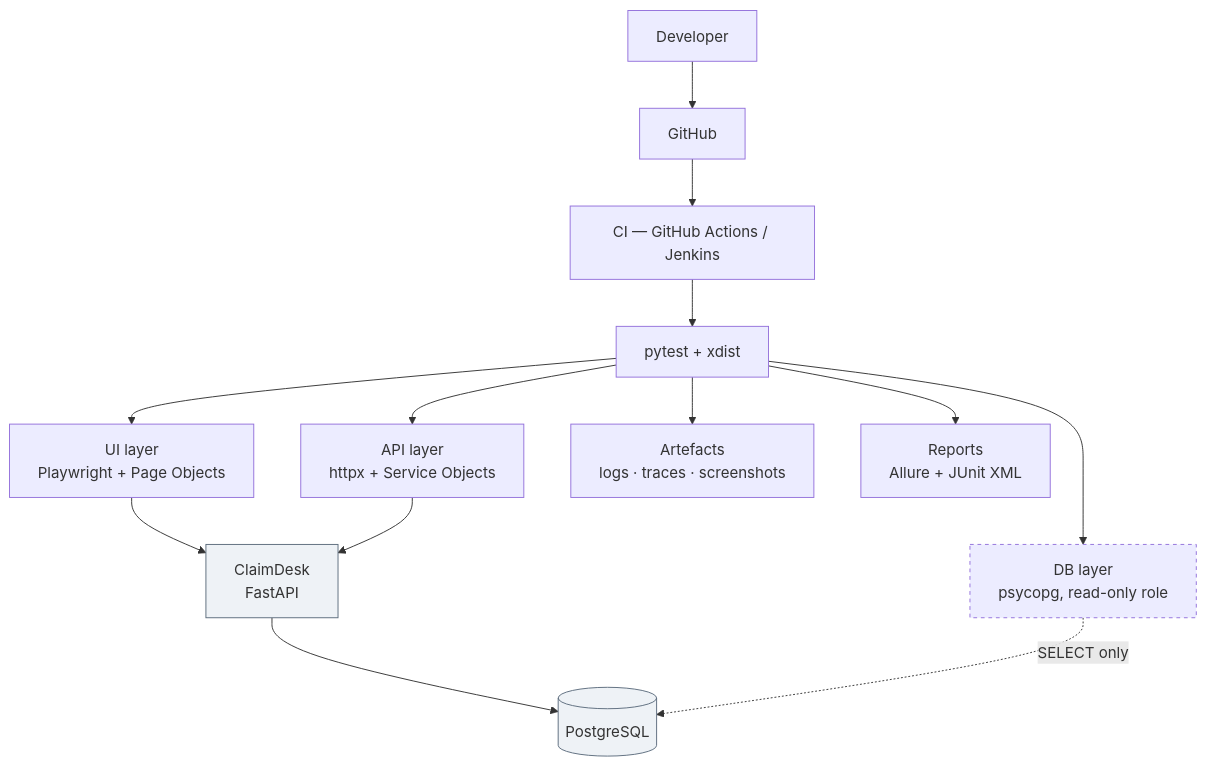
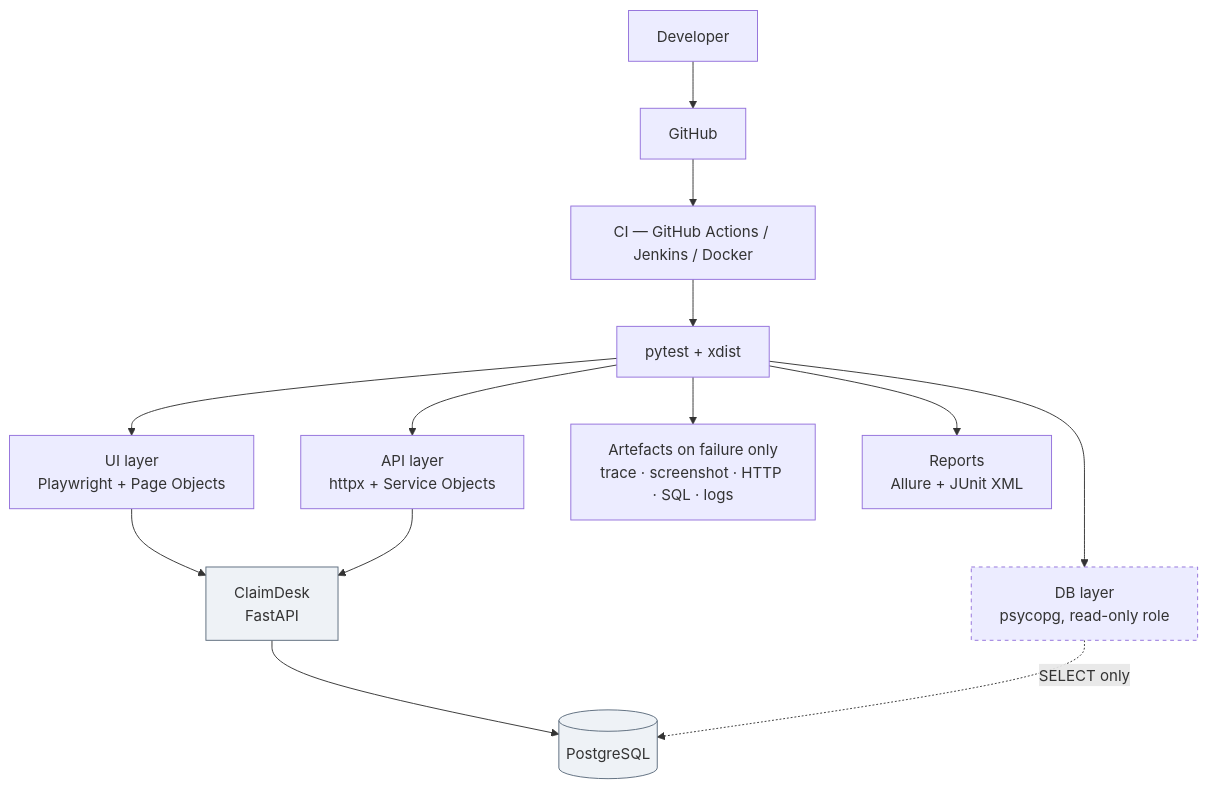
Before and after one commit to codernik-dev/playwright-python-sdet-framework: the diagram in README.md, drawn with Mermaid. The commit also changed other lines of this file and 9 other files, not shown here.

````diff
--- a/README.md
+++ b/README.md
@@ -64,22 +65,22 @@
 ```mermaid
 flowchart TD
     Dev["Developer"] --> Git["GitHub"]
-    Git --> CI["CI — GitHub Actions / Jenkins"]
+    Git --> CI["CI — GitHub Actions / Jenkins / Docker"]
     CI --> Runner["pytest + xdist"]
 
     Runner --> UI["UI layer<br/>Playwright + Page Objects"]
     Runner --> API["API layer<br/>httpx + Service Objects"]
     Runner --> DB["DB layer<br/>psycopg, read-only role"]
 
     UI --> App["ClaimDesk<br/>FastAPI"]
     API --> App
     App --> PG[("PostgreSQL")]
     DB -.->|SELECT only| PG
 
-    Runner --> Art["Artefacts<br/>logs · traces · screenshots"]
+    Runner --> Art["Artefacts on failure only<br/>trace · screenshot · HTTP · SQL · logs"]
     Runner --> Rep["Reports<br/>Allure + JUnit XML"]
 
     style App fill:#eef2f6,stroke:#5b6b7c
     style PG fill:#eef2f6,stroke:#5b6b7c
     style DB stroke-dasharray: 4 4
 ```
````
